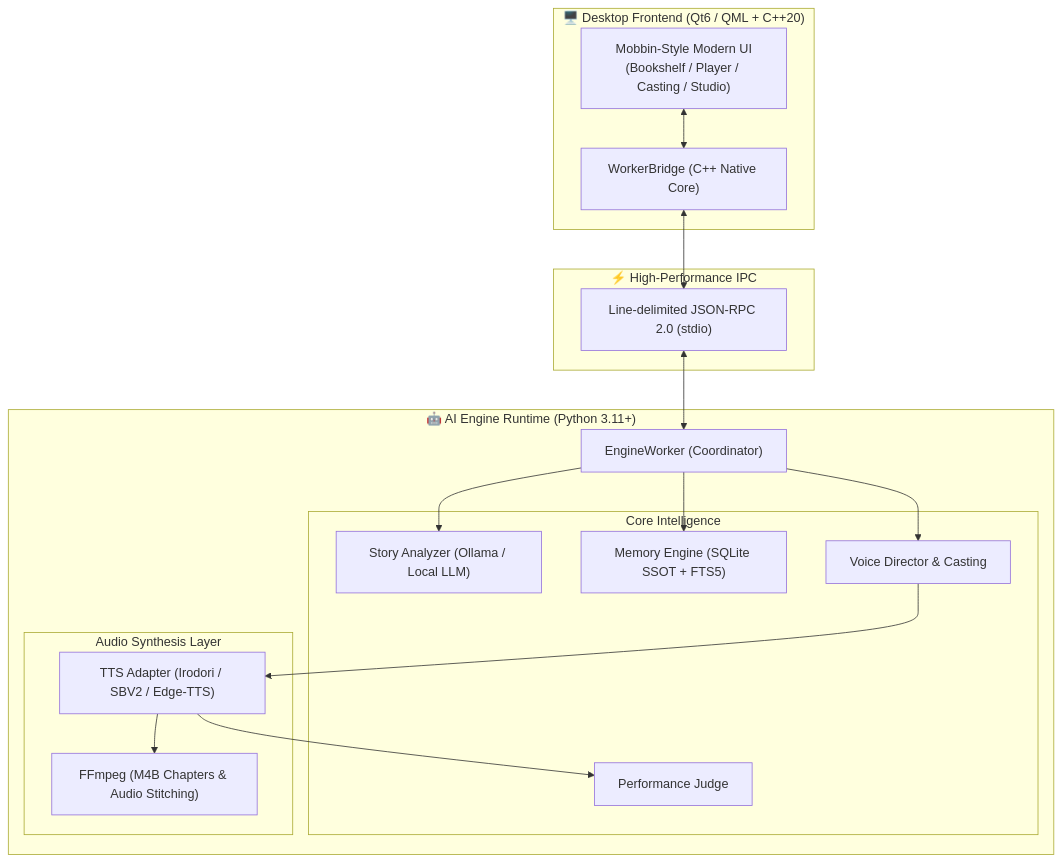
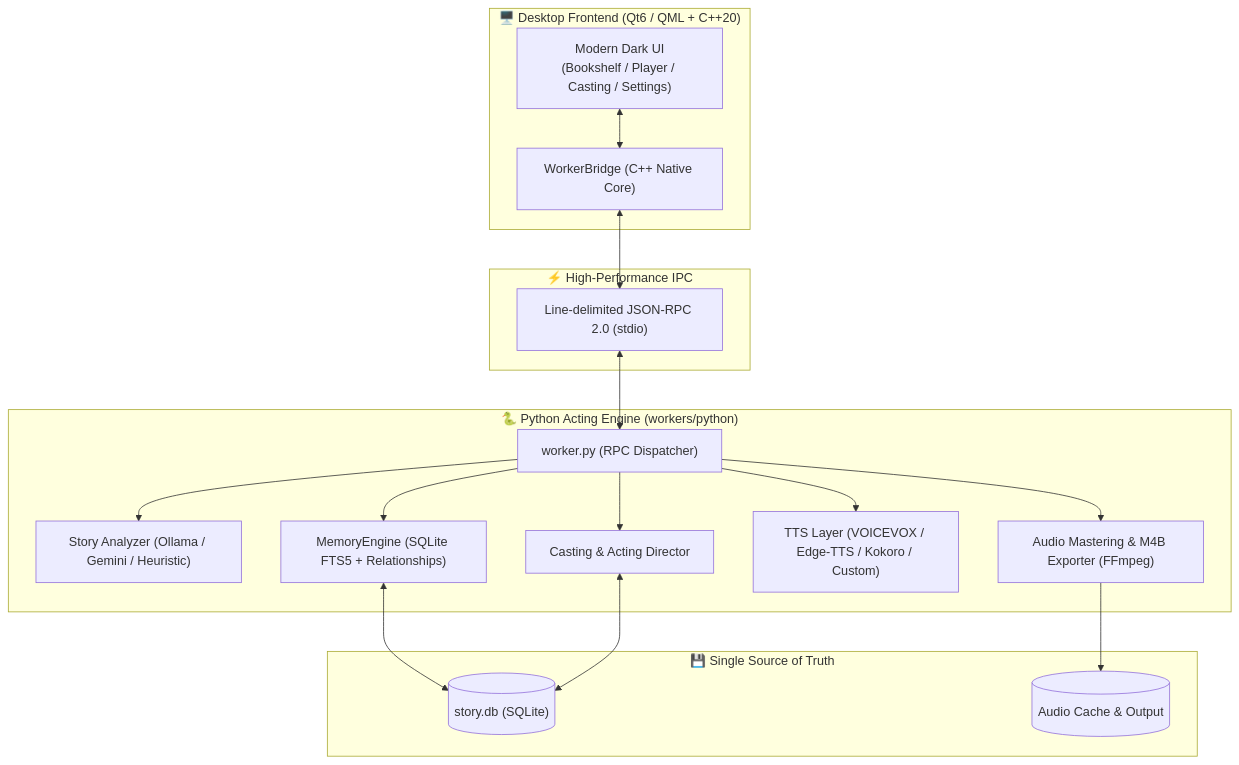
The diagram in README.md (Yato-Works/AIStoryActingEngine), drawn with Mermaid before and after one commit. The commit also changed other lines of this file and 1 other file, not shown here.

````diff
--- a/README.md
+++ b/README.md
@@ -91,37 +94,37 @@
 ```mermaid
 flowchart TD
     subgraph Frontend["🖥️ Desktop Frontend (Qt6 / QML + C++20)"]
-        UI["Mobbin-Style Modern UI\n(Bookshelf / Player / Casting / Studio)"]
+        UI["Modern Dark UI\n(Bookshelf / Player / Casting / Settings)"]
         Bridge["WorkerBridge (C++ Native Core)"]
         UI <--> Bridge
     end
 
     subgraph IPC["⚡ High-Performance IPC"]
         JSONRPC["Line-delimited JSON-RPC 2.0 (stdio)"]
         Bridge <--> JSONRPC
     end
 
-    subgraph Backend["🤖 AI Engine Runtime (Python 3.11+)"]
-        Worker["EngineWorker (Coordinator)"]
+    subgraph Backend["🐍 Python Acting Engine (workers/python)"]
+        Worker["worker.py (RPC Dispatcher)"]
+        Analyzer["Story Analyzer (Ollama / Gemini / Heuristic)"]
+        Director["Casting & Acting Director"]
+        Memory["MemoryEngine (SQLite FTS5 + Relationships)"]
+        TTSClient["TTS Layer (VOICEVOX / Edge-TTS / Kokoro / Custom)"]
+        Mastering["Audio Mastering & M4B Exporter (FFmpeg)"]
+
         JSONRPC <--> Worker
+        Worker --> Analyzer
+        Worker --> Director
+        Worker --> Memory
+        Worker --> TTSClient
+        Worker --> Mastering
+    end
 
-        subgraph CoreLogic["Core Intelligence"]
-            Analyzer["Story Analyzer (Ollama / Local LLM)"]
-            Memory["Memory Engine (SQLite SSOT + FTS5)"]
-            Director["Voice Director & Casting"]
-            Judge["Performance Judge"]
-        end
-
-        subgraph TTSLayer["Audio Synthesis Layer"]
-            TTS["TTS Adapter (Irodori / SBV2 / Edge-TTS)"]
-            FFmpeg["FFmpeg (M4B Chapters & Audio Stitching)"]
-        end
-
-        Worker --> Analyzer
-        Worker --> Memory
-        Worker --> Director
-        Director --> TTS
-        TTS --> Judge
-        TTS --> FFmpeg
+    subgraph Storage["💾 Single Source of Truth"]
+        DB[("story.db (SQLite)")]
+        AudioFiles[("Audio Cache & Output")]
+        Memory <--> DB
+        Director <--> DB
+        Mastering --> AudioFiles
     end
 ```
````
